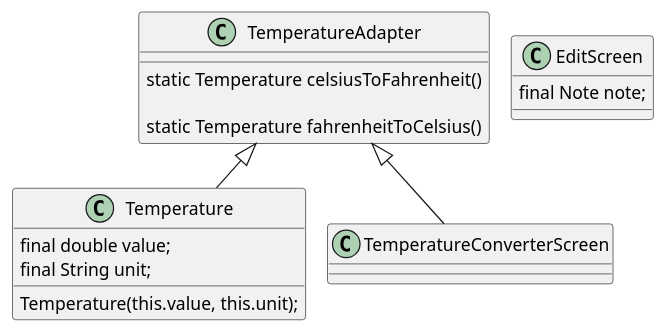
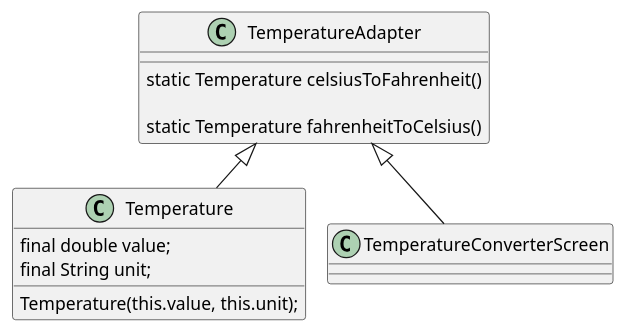
The diagram in adapter_design_pattern/uml.plantuml (hcakil/design_patterns), drawn with PlantUML before and after one commit. The commit also changed 14 other files, not shown here.

```diff
--- a/adapter_design_pattern/uml.plantuml
+++ b/adapter_design_pattern/uml.plantuml
@@ -1,28 +1,24 @@
 @startuml
 !pragma layout smetana
 
 class TemperatureAdapter {
   static Temperature celsiusToFahrenheit()
 
   static Temperature fahrenheitToCelsius()
 }
 
 class Temperature {
   final double value;
   final String unit;
 
   Temperature(this.value, this.unit);
 }
 
 
-class EditScreen {
-  final Note note;
-  }
-
   class TemperatureConverterScreen {}
 
 TemperatureAdapter <|-- Temperature
 TemperatureAdapter <|-- TemperatureConverterScreen
 
 
 @enduml
```
